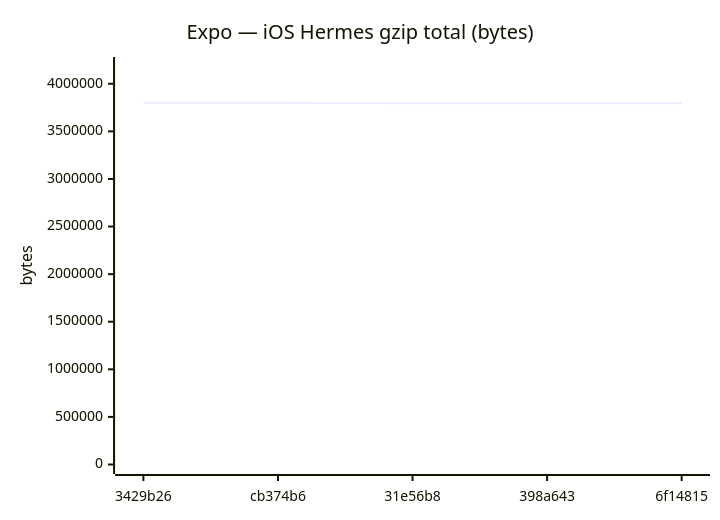
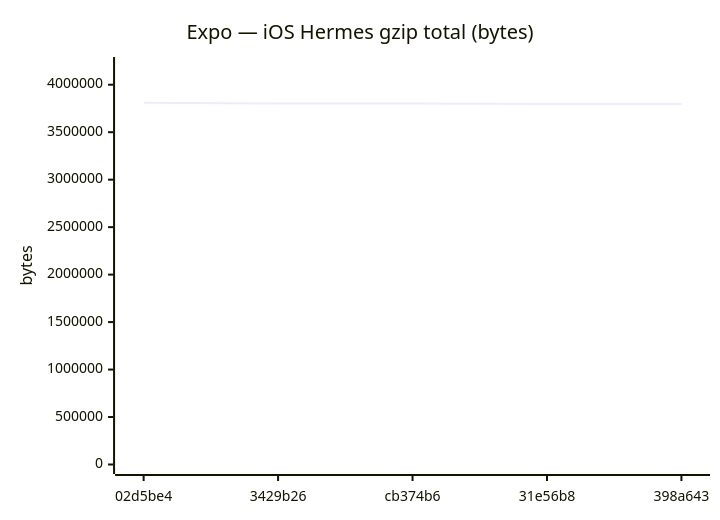
Before and after one commit to Metaheurist/Rianell: diagram 12 of 18 in benchmarks/compare.md, drawn with Mermaid. The commit also changed other lines of this file and 11 other files, not shown here.

````diff
--- a/benchmarks/compare.md
+++ b/benchmarks/compare.md
@@ -179,7 +179,7 @@
 ```mermaid
 xychart-beta
     title "Expo — iOS Hermes gzip total (bytes)"
-    x-axis ["3429b26", "cb374b6", "31e56b8", "398a643", "6f14815"]
-    y-axis "bytes" 0 --> 4181440
-    line [3801309, 3801305, 3796002, 3796002, 3796005]
+    x-axis ["02d5be4", "3429b26", "cb374b6", "31e56b8", "398a643"]
+    y-axis "bytes" 0 --> 4191900
+    line [3810818, 3801309, 3801305, 3796002, 3796002]
 ```
````
